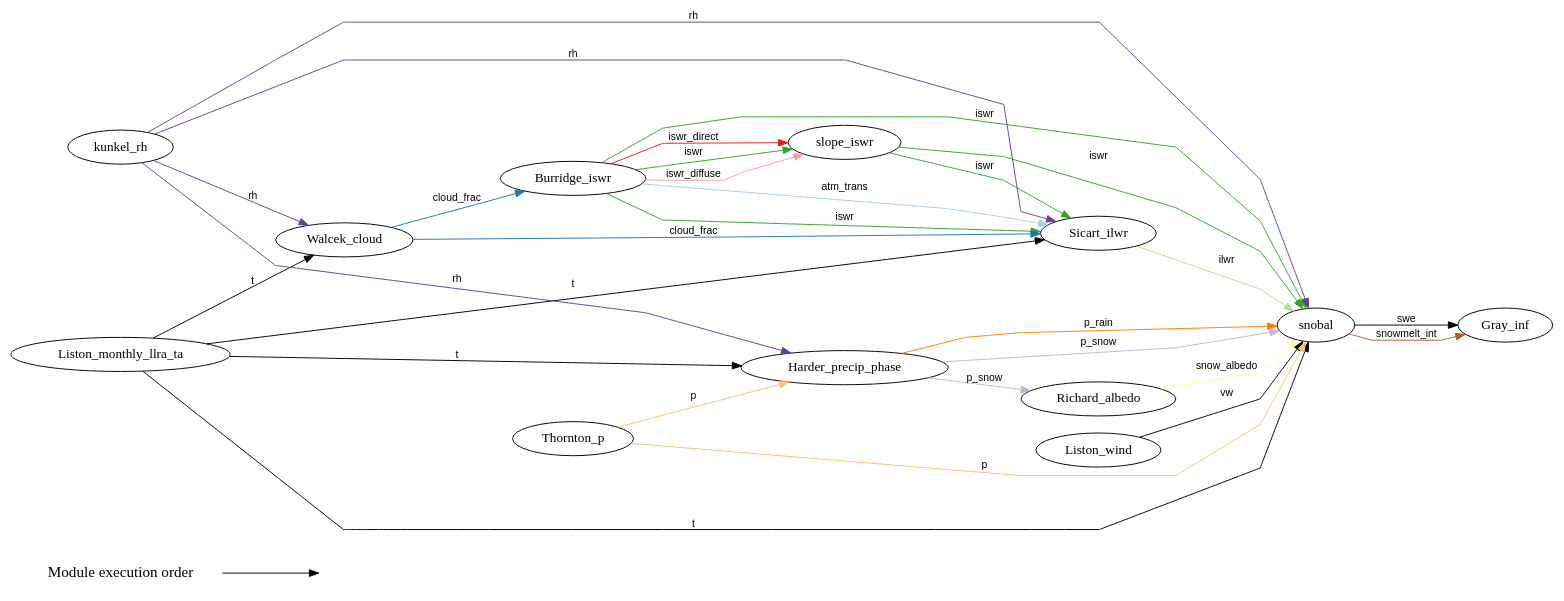
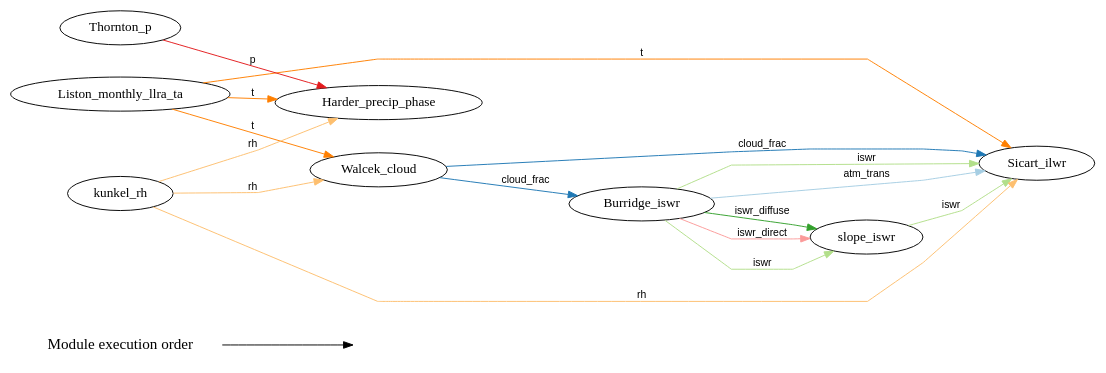
The diagram in modules.dot (Chrismarsh/CHM), drawn with Graphviz before and after one commit. The commit also changed 5 other files, not shown here.

```diff
--- a/modules.dot
+++ b/modules.dot
@@ -1,167 +1,98 @@
 digraph G {
 	graph [rankdir=LR,
 		splines=polyline
 	];
 	{
 		node [fontsize=16,
 			shape=plaintext
 		];
 		"Module execution order"		 [fontsize=16,
 			shape=plaintext];
 		""		 [fontsize=16,
 			shape=plaintext];
 		"Module execution order" -> "";
 	}
 	0	 [label=Burridge_iswr];
-	6	 [label=Sicart_ilwr];
-	0 -> 6	 [color="/paired12/4",
+	3	 [label=Sicart_ilwr];
+	0 -> 3	 [color="/paired12/3",
 		edgetype=iswr,
 		fontname=Helvetica,
 		fontsize=11,
 		label=iswr];
-	0 -> 6	 [color="/paired12/1",
+	0 -> 3	 [color="/paired12/1",
 		edgetype=atm_trans,
 		fontname=Helvetica,
 		fontsize=11,
 		label=atm_trans];
-	10	 [label=slope_iswr];
-	0 -> 10	 [color="/paired12/4",
+	7	 [label=slope_iswr];
+	0 -> 7	 [color="/paired12/3",
 		edgetype=iswr,
 		fontname=Helvetica,
 		fontsize=11,
 		label=iswr];
-	0 -> 10	 [color="/paired12/5",
+	0 -> 7	 [color="/paired12/4",
 		edgetype=iswr_diffuse,
 		fontname=Helvetica,
 		fontsize=11,
 		label=iswr_diffuse];
-	0 -> 10	 [color="/paired12/6",
+	0 -> 7	 [color="/paired12/5",
 		edgetype=iswr_direct,
 		fontname=Helvetica,
 		fontsize=11,
 		label=iswr_direct];
-	11	 [label=snobal];
-	0 -> 11	 [color="/paired12/4",
+	1	 [label=Harder_precip_phase];
+	2	 [label=Liston_monthly_llra_ta];
+	2 -> 1	 [color="/paired12/8",
+		edgetype=t,
+		fontname=Helvetica,
+		fontsize=11,
+		label=t];
+	2 -> 3	 [color="/paired12/8",
+		edgetype=t,
+		fontname=Helvetica,
+		fontsize=11,
+		label=t];
+	5	 [label=Walcek_cloud];
+	2 -> 5	 [color="/paired12/8",
+		edgetype=t,
+		fontname=Helvetica,
+		fontsize=11,
+		label=t];
+	4	 [label=Thornton_p];
+	4 -> 1	 [color="/paired12/6",
+		edgetype=p,
+		fontname=Helvetica,
+		fontsize=11,
+		label=p];
+	5 -> 0	 [color="/paired12/2",
+		edgetype=cloud_frac,
+		fontname=Helvetica,
+		fontsize=11,
+		label=cloud_frac];
+	5 -> 3	 [color="/paired12/2",
+		edgetype=cloud_frac,
+		fontname=Helvetica,
+		fontsize=11,
+		label=cloud_frac];
+	6	 [label=kunkel_rh];
+	6 -> 1	 [color="/paired12/7",
+		edgetype=rh,
+		fontname=Helvetica,
+		fontsize=11,
+		label=rh];
+	6 -> 3	 [color="/paired12/7",
+		edgetype=rh,
+		fontname=Helvetica,
+		fontsize=11,
+		label=rh];
+	6 -> 5	 [color="/paired12/7",
+		edgetype=rh,
+		fontname=Helvetica,
+		fontsize=11,
+		label=rh];
+	7 -> 3	 [color="/paired12/3",
 		edgetype=iswr,
 		fontname=Helvetica,
 		fontsize=11,
 		label=iswr];
-	1	 [label=Gray_inf];
-	2	 [label=Harder_precip_phase];
-	5	 [label=Richard_albedo];
-	2 -> 5	 [color="/paired12/9",
-		edgetype=p_snow,
-		fontname=Helvetica,
-		fontsize=11,
-		label=p_snow];
-	2 -> 11	 [color="/paired12/8",
-		edgetype=p_rain,
-		fontname=Helvetica,
-		fontsize=11,
-		label=p_rain];
-	2 -> 11	 [color="/paired12/9",
-		edgetype=p_snow,
-		fontname=Helvetica,
-		fontsize=11,
-		label=p_snow];
-	3	 [label=Liston_monthly_llra_ta];
-	3 -> 2	 [color="/paired12/14",
-		edgetype=t,
-		fontname=Helvetica,
-		fontsize=11,
-		label=t];
-	3 -> 6	 [color="/paired12/14",
-		edgetype=t,
-		fontname=Helvetica,
-		fontsize=11,
-		label=t];
-	8	 [label=Walcek_cloud];
-	3 -> 8	 [color="/paired12/14",
-		edgetype=t,
-		fontname=Helvetica,
-		fontsize=11,
-		label=t];
-	3 -> 11	 [color="/paired12/14",
-		edgetype=t,
-		fontname=Helvetica,
-		fontsize=11,
-		label=t];
-	4	 [label=Liston_wind];
-	4 -> 11	 [color="/paired12/15",
-		edgetype=vw,
-		fontname=Helvetica,
-		fontsize=11,
-		label=vw];
-	5 -> 11	 [color="/paired12/11",
-		edgetype=snow_albedo,
-		fontname=Helvetica,
-		fontsize=11,
-		label=snow_albedo];
-	6 -> 11	 [color="/paired12/3",
-		edgetype=ilwr,
-		fontname=Helvetica,
-		fontsize=11,
-		label=ilwr];
-	7	 [label=Thornton_p];
-	7 -> 2	 [color="/paired12/7",
-		edgetype=p,
-		fontname=Helvetica,
-		fontsize=11,
-		label=p];
-	7 -> 11	 [color="/paired12/7",
-		edgetype=p,
-		fontname=Helvetica,
-		fontsize=11,
-		label=p];
-	8 -> 0	 [color="/paired12/2",
-		edgetype=cloud_frac,
-		fontname=Helvetica,
-		fontsize=11,
-		label=cloud_frac];
-	8 -> 6	 [color="/paired12/2",
-		edgetype=cloud_frac,
-		fontname=Helvetica,
-		fontsize=11,
-		label=cloud_frac];
-	9	 [label=kunkel_rh];
-	9 -> 2	 [color="/paired12/10",
-		edgetype=rh,
-		fontname=Helvetica,
-		fontsize=11,
-		label=rh];
-	9 -> 6	 [color="/paired12/10",
-		edgetype=rh,
-		fontname=Helvetica,
-		fontsize=11,
-		label=rh];
-	9 -> 8	 [color="/paired12/10",
-		edgetype=rh,
-		fontname=Helvetica,
-		fontsize=11,
-		label=rh];
-	9 -> 11	 [color="/paired12/10",
-		edgetype=rh,
-		fontname=Helvetica,
-		fontsize=11,
-		label=rh];
-	10 -> 6	 [color="/paired12/4",
-		edgetype=iswr,
-		fontname=Helvetica,
-		fontsize=11,
-		label=iswr];
-	10 -> 11	 [color="/paired12/4",
-		edgetype=iswr,
-		fontname=Helvetica,
-		fontsize=11,
-		label=iswr];
-	11 -> 1	 [color="/paired12/13",
-		edgetype=swe,
-		fontname=Helvetica,
-		fontsize=11,
-		label=swe];
-	11 -> 1	 [color="/paired12/12",
-		edgetype=snowmelt_int,
-		fontname=Helvetica,
-		fontsize=11,
-		label=snowmelt_int];
 }
```
